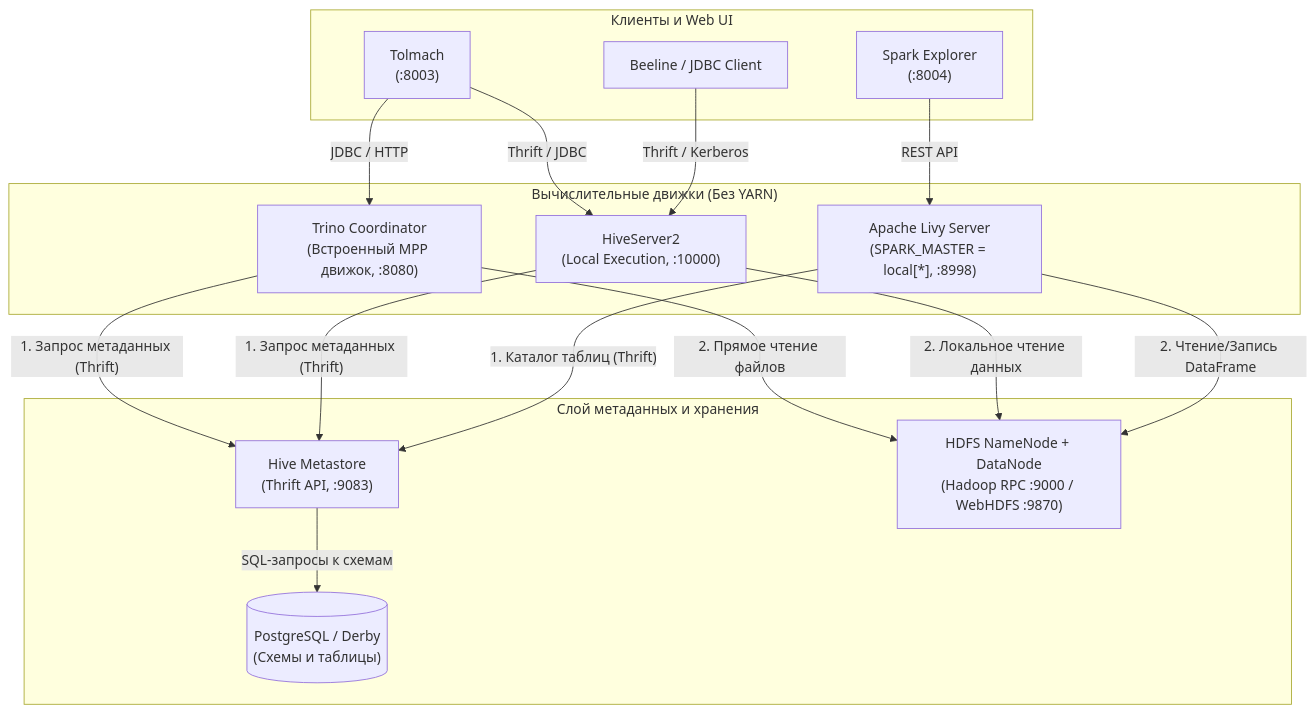
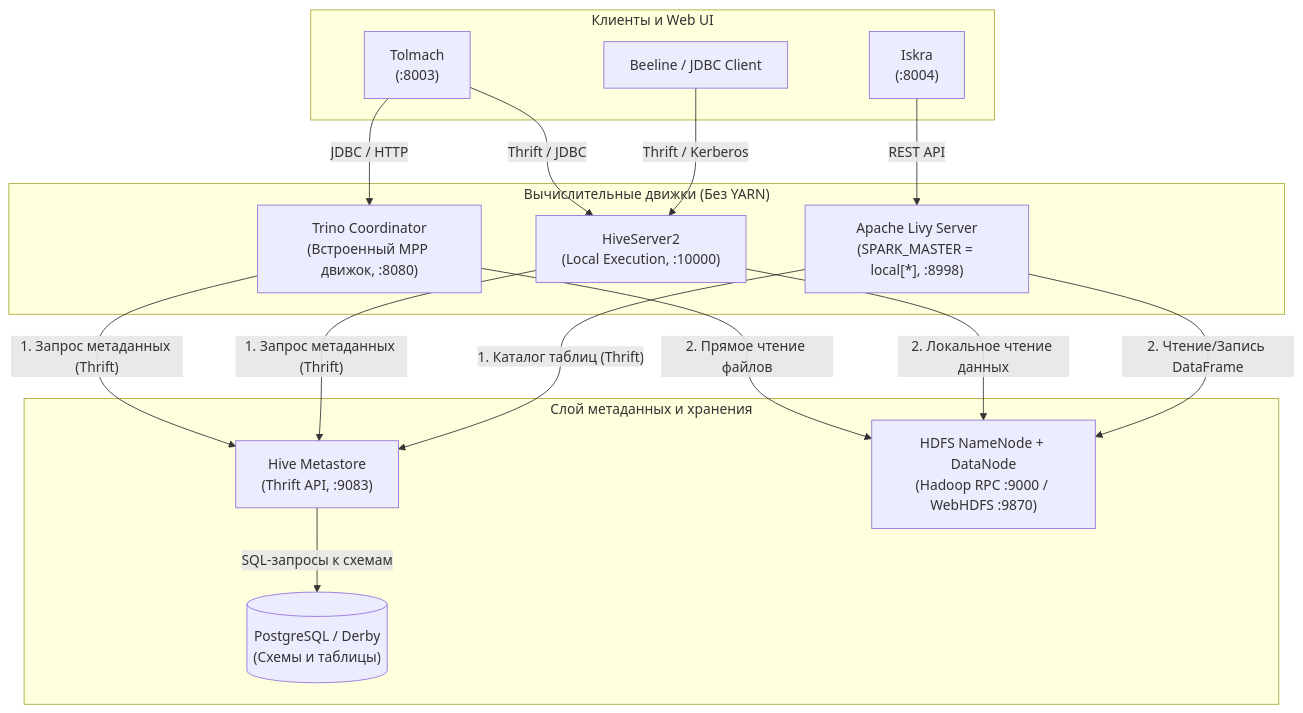
Before and after one commit to balookrd/hadoop-explorer: the diagram in docs/hive-spark-without-yarn.md, drawn with Mermaid. The commit also changed other lines of this file and 264 other files, not shown here.

Commit message:
refactor!: rename Spark Explorer service to Iskra

````diff
--- a/docs/hive-spark-without-yarn.md
+++ b/docs/hive-spark-without-yarn.md
@@ -90,36 +90,36 @@
 ```mermaid
 flowchart TD
     subgraph Clients["Клиенты и Web UI"]
         UI_SQL["Tolmach\n(:8003)"]
-        UI_SPARK["Spark Explorer\n(:8004)"]
+        UI_SPARK["Iskra\n(:8004)"]
         Beeline["Beeline / JDBC Client"]
     end
 
     subgraph Engines["Вычислительные движки (Без YARN)"]
         TRINO["Trino Coordinator\n(Встроенный MPP движок, :8080)"]
         HS2["HiveServer2\n(Local Execution, :10000)"]
         LIVY["Apache Livy Server\n(SPARK_MASTER = local[*], :8998)"]
     end
 
     subgraph StorageMeta["Слой метаданных и хранения"]
         HMS["Hive Metastore\n(Thrift API, :9083)"]
         RDBMS[("PostgreSQL / Derby\n(Схемы и таблицы)")]
         HDFS["HDFS NameNode + DataNode\n(Hadoop RPC :9000 / WebHDFS :9870)"]
     end
 
     UI_SQL -->|"JDBC / HTTP"| TRINO
     UI_SQL -->|"Thrift / JDBC"| HS2
     UI_SPARK -->|"REST API"| LIVY
     Beeline -->|"Thrift / Kerberos"| HS2
 
     TRINO -->|"1. Запрос метаданных (Thrift)"| HMS
     TRINO -->|"2. Прямое чтение файлов"| HDFS
     
     HS2 -->|"1. Запрос метаданных (Thrift)"| HMS
     HS2 -->|"2. Локальное чтение данных"| HDFS
     
     LIVY -->|"1. Каталог таблиц (Thrift)"| HMS
     LIVY -->|"2. Чтение/Запись DataFrame"| HDFS
     
     HMS -->|"SQL-запросы к схемам"| RDBMS
 ```
````
